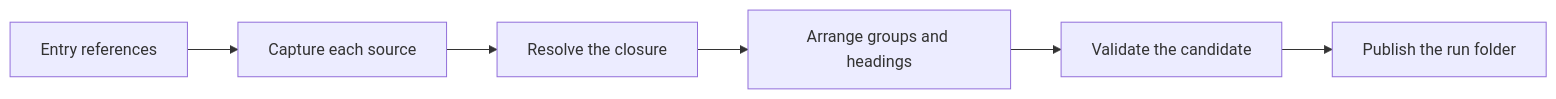
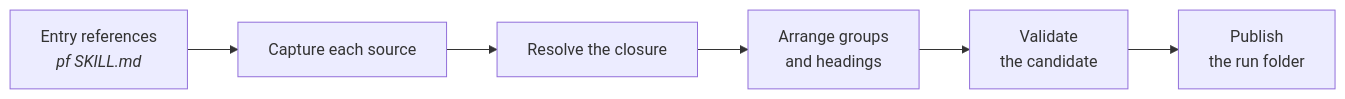
Before and after one commit to m2ux/prosiform: the first of 9 diagrams in docs/architecture.md, drawn with Mermaid. The commit also changed other lines of this file, not shown here.

First line of the commit message:
Draw what each architecture section explains

````diff
--- a/docs/architecture.md
+++ b/docs/architecture.md
@@ -38,8 +9,8 @@
 ```mermaid
 flowchart LR
-  Entry[Entry references] --> Capture[Capture each source]
-  Capture --> Closure[Resolve the closure]
-  Closure --> Arrange[Arrange groups and headings]
-  Arrange --> Validate[Validate the candidate]
-  Validate --> Publish[Publish the run folder]
+  Entry["Entry references<br/><i>pf SKILL.md</i>"] --> Capture["Capture each source"]
+  Capture --> Closure["Resolve the closure"]
+  Closure --> Arrange["Arrange groups<br/>and headings"]
+  Arrange --> Validate["Validate<br/>the candidate"]
+  Validate --> Publish["Publish<br/>the run folder"]
 ```
````
